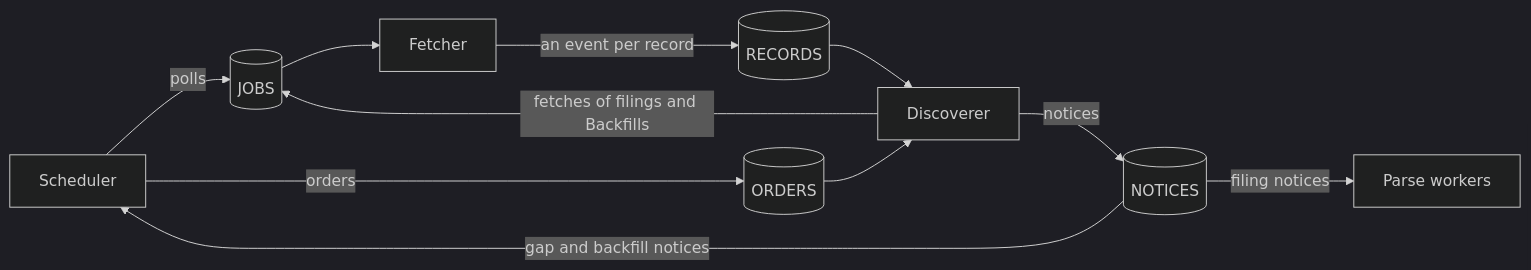
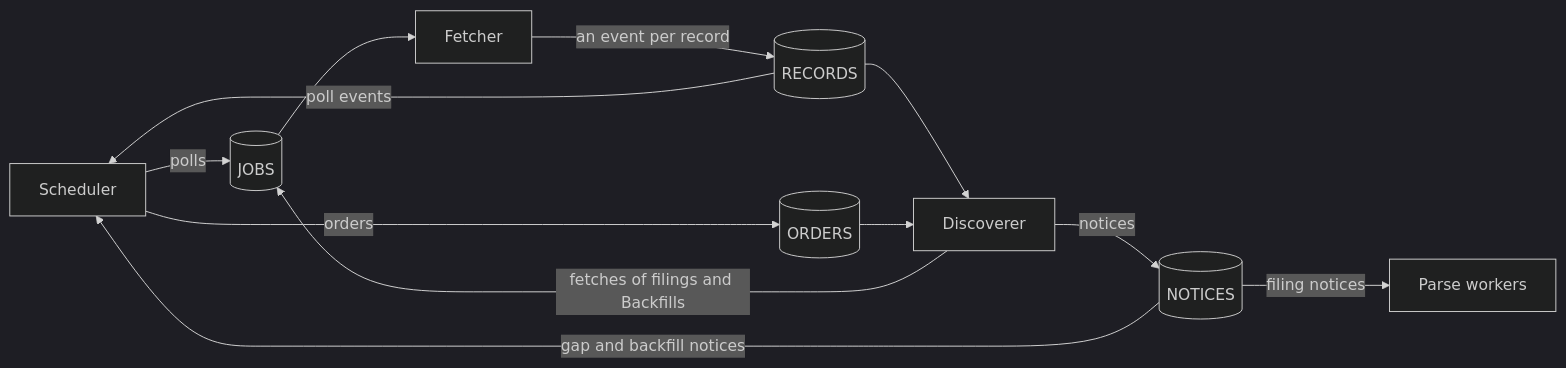
The first of 2 diagrams in docs/explanation/delivery-and-consistency.md (nslaughter/edgar-data-pipeline), drawn with Mermaid (dark theme) before and after one commit. The commit also changed other lines of this file and 21 other files, not shown here.

````diff
--- a/docs/explanation/delivery-and-consistency.md
+++ b/docs/explanation/delivery-and-consistency.md
@@ -30,13 +30,14 @@
 ```mermaid
 flowchart LR
     SCH["Scheduler"] -- "polls" --> JOBS[("JOBS")]
     DIS["Discoverer"] -- "fetches of filings and Backfills" --> JOBS
     JOBS --> FET["Fetcher"]
     FET -- "an event per record" --> REC[("RECORDS")]
     REC --> DIS
+    REC -- "poll events" --> SCH
     SCH -- "orders" --> ORD[("ORDERS")]
     ORD --> DIS
     DIS -- "notices" --> NOT[("NOTICES")]
     NOT -- "gap and backfill notices" --> SCH
     NOT -- "filing notices" --> PW["Parse workers"]
 ```
````
